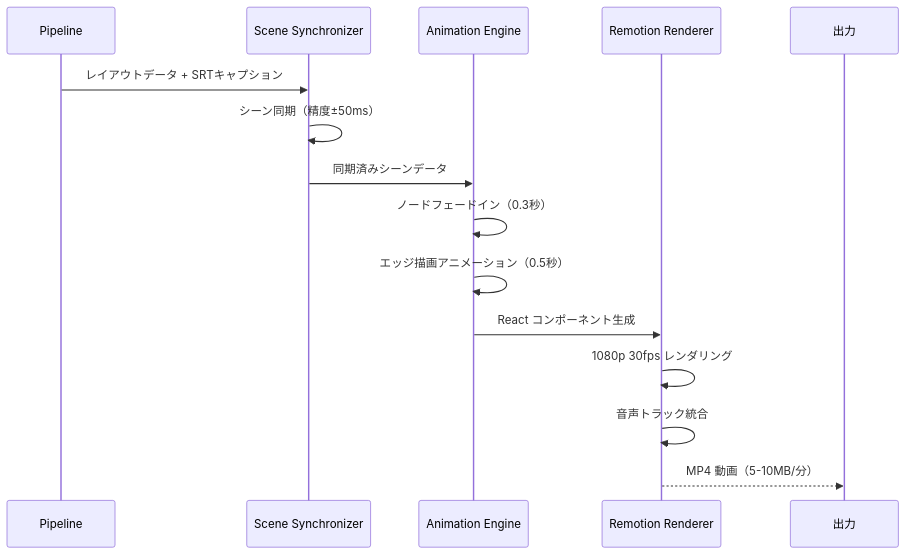
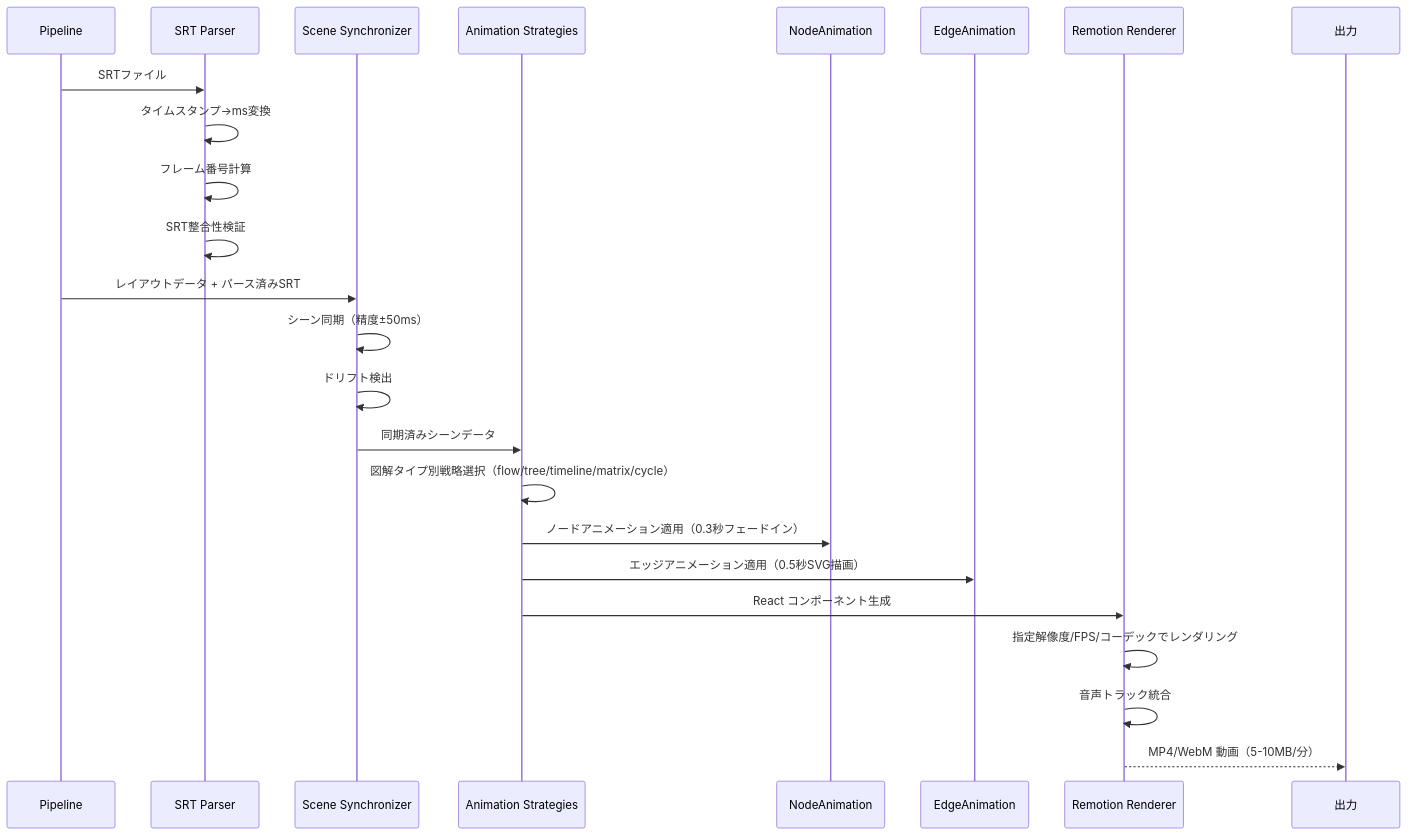
The fifth of 10 diagrams in docs/design/speech-to-visuals/dataflow.md (nobu007/speech-to-visuals), drawn with Mermaid before and after one commit. The commit also changed other lines of this file and 3 other files, not shown here.

````diff
--- a/docs/design/speech-to-visuals/dataflow.md
+++ b/docs/design/speech-to-visuals/dataflow.md
@@ -197,18 +197,27 @@
 ```mermaid
 sequenceDiagram
     participant P as Pipeline
+    participant SRTParser as SRT Parser
     participant Sync as Scene Synchronizer
-    participant Anim as Animation Engine
+    participant AnimStrat as Animation Strategies
+    participant NodeAnim as NodeAnimation
+    participant EdgeAnim as EdgeAnimation
     participant Rem as Remotion Renderer
     participant Out as 出力
 
-    P->>Sync: レイアウトデータ + SRTキャプション
+    P->>SRTParser: SRTファイル
+    SRTParser->>SRTParser: タイムスタンプ→ms変換
+    SRTParser->>SRTParser: フレーム番号計算
+    SRTParser->>SRTParser: SRT整合性検証
+    P->>Sync: レイアウトデータ + パース済みSRT
     Sync->>Sync: シーン同期（精度±50ms）
-    Sync->>Anim: 同期済みシーンデータ
-    Anim->>Anim: ノードフェードイン（0.3秒）
-    Anim->>Anim: エッジ描画アニメーション（0.5秒）
-    Anim->>Rem: React コンポーネント生成
-    Rem->>Rem: 1080p 30fps レンダリング
+    Sync->>Sync: ドリフト検出
+    Sync->>AnimStrat: 同期済みシーンデータ
+    AnimStrat->>AnimStrat: 図解タイプ別戦略選択（flow/tree/timeline/matrix/cycle）
+    AnimStrat->>NodeAnim: ノードアニメーション適用（0.3秒フェードイン）
+    AnimStrat->>EdgeAnim: エッジアニメーション適用（0.5秒SVG描画）
+    AnimStrat->>Rem: React コンポーネント生成
+    Rem->>Rem: 指定解像度/FPS/コーデックでレンダリング
     Rem->>Rem: 音声トラック統合
-    Rem-->>Out: MP4 動画（5-10MB/分）
+    Rem-->>Out: MP4/WebM 動画（5-10MB/分）
 ```
````
